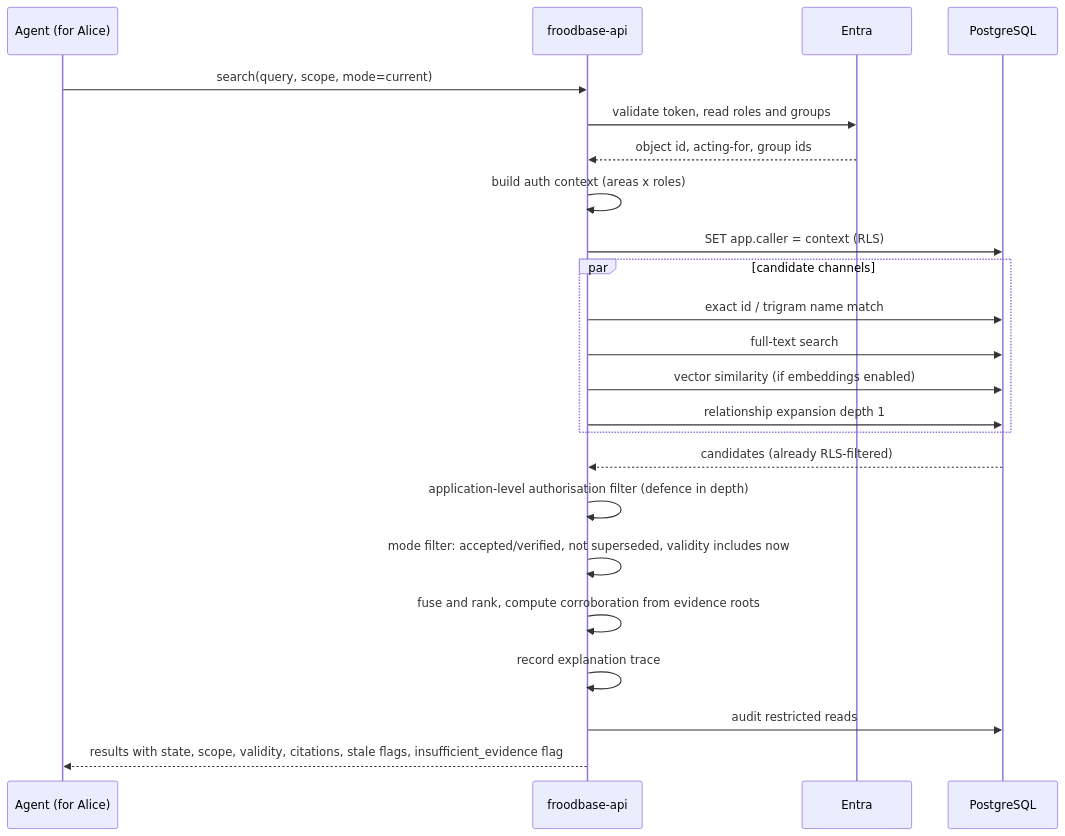
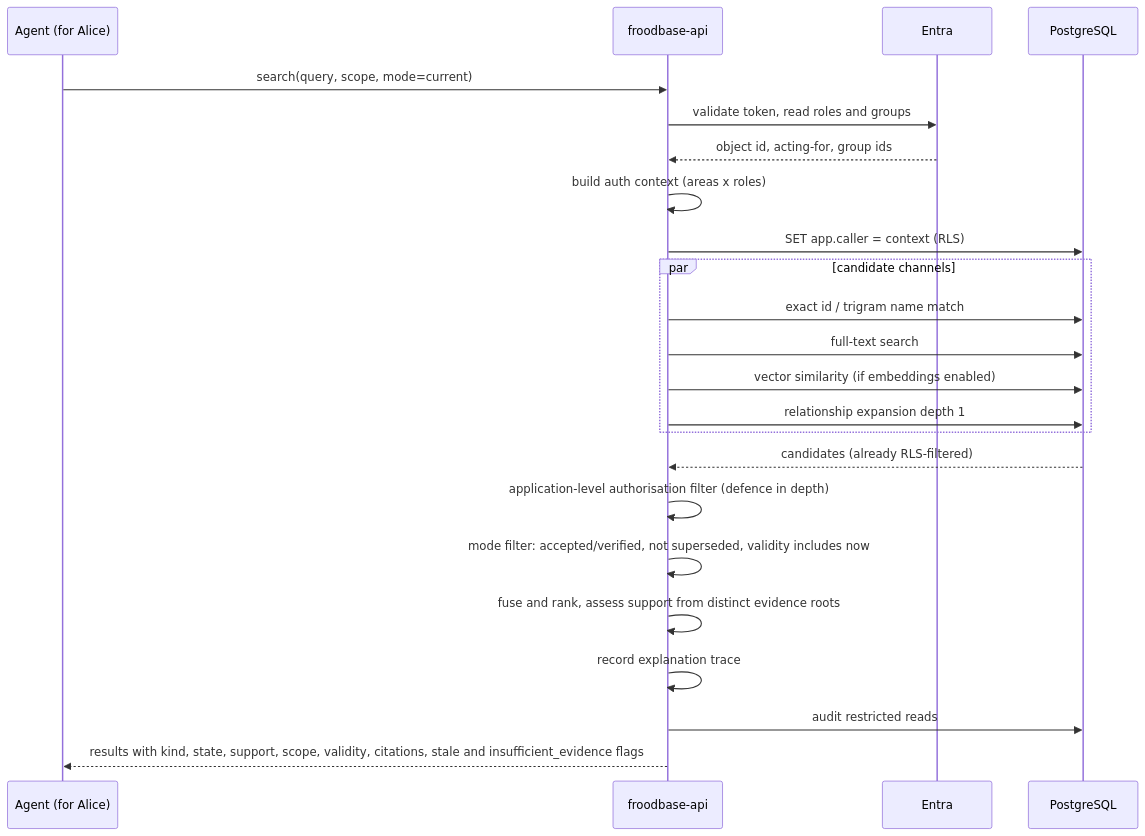
One commit to rztaylor/Froodbase changed the sixth of 11 diagrams in docs/planning/03-architecture-design.md. Above: the diagram before and after it, drawn with Mermaid. The commit also changed other lines of this file and 11 other files, not shown here.

````diff
--- a/docs/planning/03-architecture-design.md
+++ b/docs/planning/03-architecture-design.md
@@ -386,26 +404,26 @@
 ```mermaid
 sequenceDiagram
     participant Ag as Agent (for Alice)
     participant API as froodbase-api
     participant E as Entra
     participant DB as PostgreSQL
 
     Ag->>API: search(query, scope, mode=current)
     API->>E: validate token, read roles and groups
     E-->>API: object id, acting-for, group ids
     API->>API: build auth context (areas x roles)
     API->>DB: SET app.caller = context (RLS)
     par candidate channels
         API->>DB: exact id / trigram name match
         API->>DB: full-text search
         API->>DB: vector similarity (if embeddings enabled)
         API->>DB: relationship expansion depth 1
     end
     DB-->>API: candidates (already RLS-filtered)
     API->>API: application-level authorisation filter (defence in depth)
     API->>API: mode filter: accepted/verified, not superseded, validity includes now
-    API->>API: fuse and rank, compute corroboration from evidence roots
+    API->>API: fuse and rank, assess support from distinct evidence roots
     API->>API: record explanation trace
     API->>DB: audit restricted reads
-    API-->>Ag: results with state, scope, validity, citations, stale flags, insufficient_evidence flag
+    API-->>Ag: results with kind, state, support, scope, validity, citations, stale and insufficient_evidence flags
 ```
````
